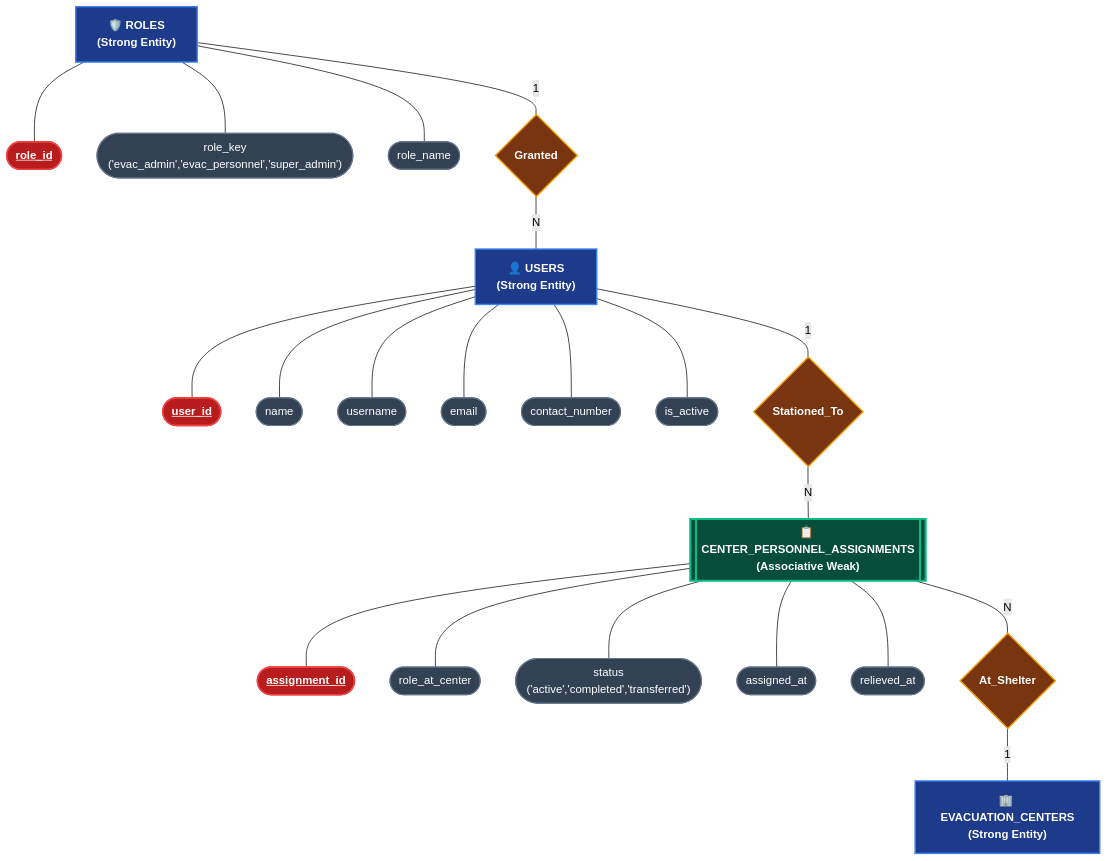
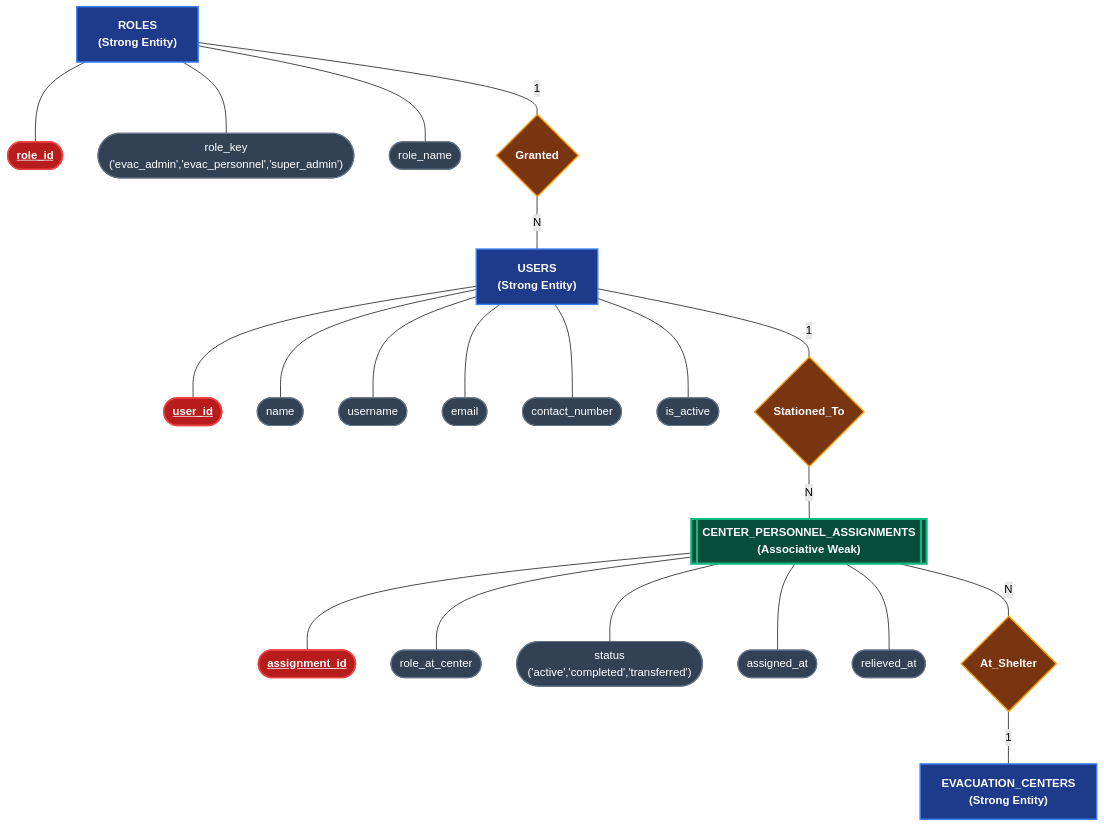
The fourth of 5 diagrams in docs/erd.md (klint-droid/EvaTrack), drawn with Mermaid (forest theme) before and after one commit. The commit also changed other lines of this file, not shown here.

Commit message:
docs(erd): remove icons and format clean Chen notation

````diff
--- a/docs/erd.md
+++ b/docs/erd.md
@@ -294,66 +294,66 @@
 ```mermaid
 flowchart TD
 
     %% ── Entities ──
-    ROLE["🛡️ ROLES\n(Strong Entity)"]:::strongEntity
-    USER["👤 USERS\n(Strong Entity)"]:::strongEntity
-    ASSIGN[["📋 CENTER_PERSONNEL_ASSIGNMENTS\n(Associative Weak)"]]:::weakEntity
-    EC["🏢 EVACUATION_CENTERS\n(Strong Entity)"]:::strongEntity
+    ROLE["ROLES\n(Strong Entity)"]:::strongEntity
+    USER["USERS\n(Strong Entity)"]:::strongEntity
+    ASSIGN[["CENTER_PERSONNEL_ASSIGNMENTS\n(Associative Weak)"]]:::weakEntity
+    EC["EVACUATION_CENTERS\n(Strong Entity)"]:::strongEntity
 
     %% ── Role Attributes ──
     A_R_ID(["<u>role_id</u>"]):::pkOval
     A_R_KEY(["role_key\n('evac_admin','evac_personnel','super_admin')"]):::attrOval
     A_R_NAME(["role_name"]):::attrOval
 
     ROLE --- A_R_ID
     ROLE --- A_R_KEY
     ROLE --- A_R_NAME
 
     %% ── User Attributes ──
     A_U_ID(["<u>user_id</u>"]):::pkOval
     A_U_NAME(["name"]):::attrOval
     A_U_USER(["username"]):::attrOval
     A_U_EMAIL(["email"]):::attrOval
     A_U_PHONE(["contact_number"]):::attrOval
     A_U_ACT(["is_active"]):::attrOval
 
     USER --- A_U_ID
     USER --- A_U_NAME
     USER --- A_U_USER
     USER --- A_U_EMAIL
     USER --- A_U_PHONE
     USER --- A_U_ACT
 
     %% ── Assignment Attributes ──
     A_AS_ID(["<u>assignment_id</u>"]):::pkOval
     A_AS_ROLE(["role_at_center"]):::attrOval
     A_AS_STAT(["status\n('active','completed','transferred')"]):::attrOval
     A_AS_AT(["assigned_at"]):::attrOval
     A_AS_REL(["relieved_at"]):::attrOval
 
     ASSIGN --- A_AS_ID
     ASSIGN --- A_AS_ROLE
     ASSIGN --- A_AS_STAT
     ASSIGN --- A_AS_AT
     ASSIGN --- A_AS_REL
 
     %% ── Relationships ──
     R_HAS_ROLE{"Granted"}:::relDiamond
     R_STATION{"Stationed_To"}:::relDiamond
     R_AT_CENTER{"At_Shelter"}:::relDiamond
 
     ROLE ---|1| R_HAS_ROLE
     R_HAS_ROLE ---|N| USER
 
     USER ---|1| R_STATION
     R_STATION ---|N| ASSIGN
 
     ASSIGN ---|N| R_AT_CENTER
     R_AT_CENTER ---|1| EC
 
     classDef strongEntity fill:#1e3a8a,stroke:#3b82f6,stroke-width:2px,color:#fff,font-weight:bold
     classDef weakEntity   fill:#064e3b,stroke:#10b981,stroke-width:3px,color:#fff,font-weight:bold
     classDef relDiamond   fill:#78350f,stroke:#f59e0b,stroke-width:2px,color:#fff,font-weight:bold
     classDef pkOval       fill:#b91c1c,stroke:#ef4444,stroke-width:2px,color:#fff,font-weight:bold
     classDef attrOval     fill:#334155,stroke:#64748b,stroke-width:1.5px,color:#fff
 ```
````
